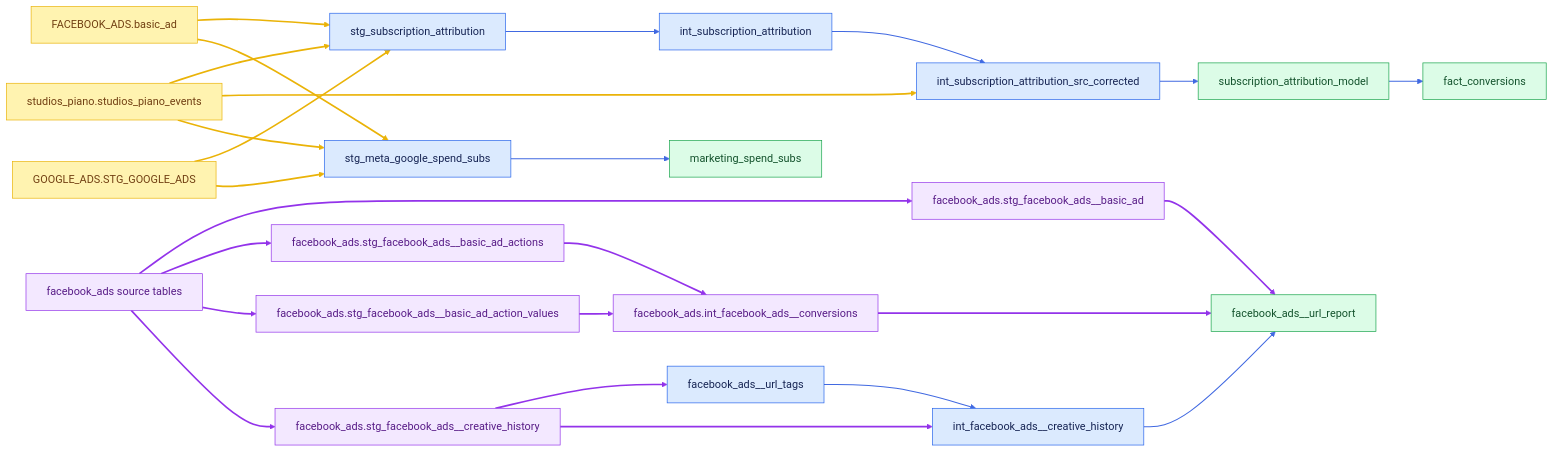
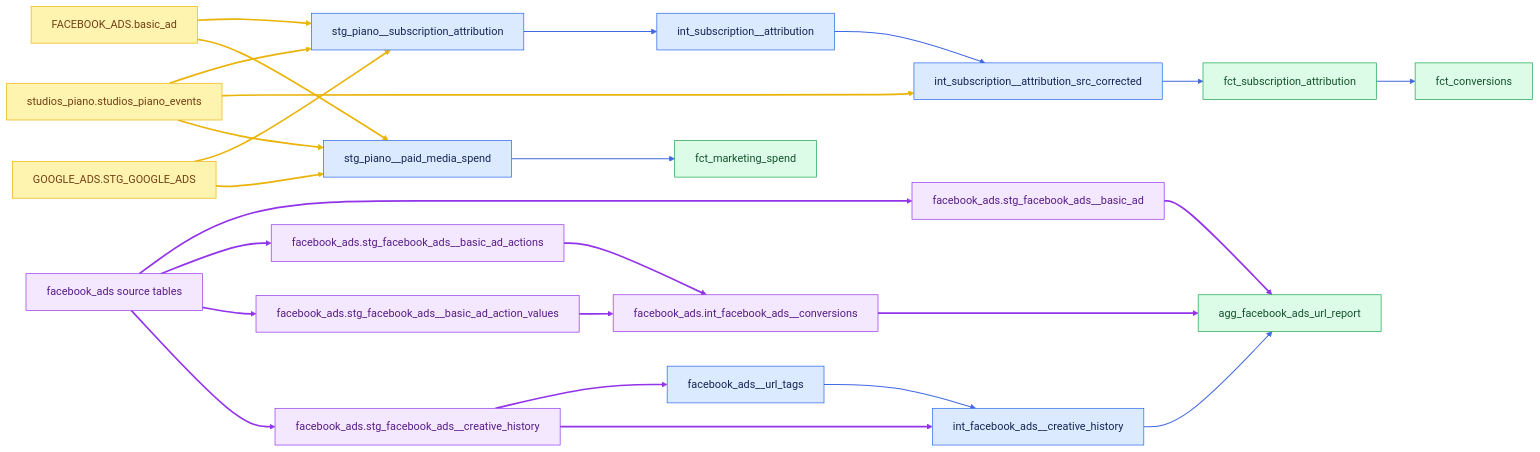
One commit to angelatanbbc/angela_bbc changed the third of 5 diagrams in docs/lineage.md. Above: the diagram before and after it, drawn with Mermaid (base theme). The commit also changed other lines of this file and 99 other files, not shown here.

````diff
--- a/docs/lineage.md
+++ b/docs/lineage.md
@@ -98,30 +98,30 @@
 ```mermaid
 graph LR
     classDef source fill:#fff3b0,stroke:#eab308,color:#713f12
     classDef model fill:#dbeafe,stroke:#2563eb,color:#172554
     classDef mart fill:#dcfce7,stroke:#16a34a,color:#14532d
     classDef package fill:#f3e8ff,stroke:#9333ea,color:#581c87
-    piano["studios_piano.studios_piano_events"]:::source --> attr_stg["stg_subscription_attribution"]:::model
+    piano["studios_piano.studios_piano_events"]:::source --> attr_stg["stg_piano__subscription_attribution"]:::model
     facebook["FACEBOOK_ADS.basic_ad"]:::source --> attr_stg
     google["GOOGLE_ADS.STG_GOOGLE_ADS"]:::source --> attr_stg
-    attr_stg --> attr["int_subscription_attribution"]:::model --> corrected["int_subscription_attribution_src_corrected"]:::model --> attribution["subscription_attribution_model"]:::mart --> conversions["fact_conversions"]:::mart
+    attr_stg --> attr["int_subscription__attribution"]:::model --> corrected["int_subscription__attribution_src_corrected"]:::model --> attribution["fct_subscription_attribution"]:::mart --> conversions["fct_conversions"]:::mart
     piano --> corrected
-    piano --> spend_stg["stg_meta_google_spend_subs"]:::model
+    piano --> spend_stg["stg_piano__paid_media_spend"]:::model
     facebook --> spend_stg
-    google --> spend_stg --> spend["marketing_spend_subs"]:::mart
+    google --> spend_stg --> spend["fct_marketing_spend"]:::mart
     fb_source["facebook_ads source tables"]:::package --> fb_basic["facebook_ads.stg_facebook_ads__basic_ad"]:::package
     fb_source --> fb_actions["facebook_ads.stg_facebook_ads__basic_ad_actions"]:::package
     fb_source --> fb_values["facebook_ads.stg_facebook_ads__basic_ad_action_values"]:::package
     fb_source --> fb_creative["facebook_ads.stg_facebook_ads__creative_history"]:::package
     fb_actions --> fb_conversions["facebook_ads.int_facebook_ads__conversions"]:::package
     fb_values --> fb_conversions
     fb_creative --> tags["facebook_ads__url_tags"]:::model
     fb_creative --> creative["int_facebook_ads__creative_history"]:::model
     tags --> creative
-    fb_basic --> url["facebook_ads__url_report"]:::mart
+    fb_basic --> url["agg_facebook_ads_url_report"]:::mart
     fb_conversions --> url
     creative --> url
     linkStyle 3,4,5,6,11,20,23 stroke:#4169e1,stroke-width:1.5px
     linkStyle 12,13,14,15,16,17,18,19,21,22 stroke:#9333ea,stroke-width:2.5px
     linkStyle 0,1,2,7,8,9,10 stroke:#eab308,stroke-width:2.5px
 ```
````
